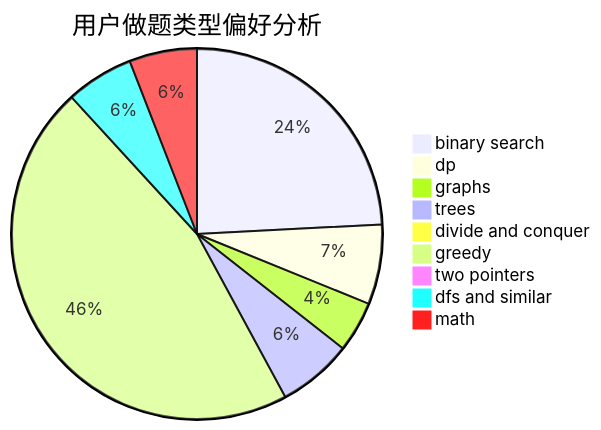
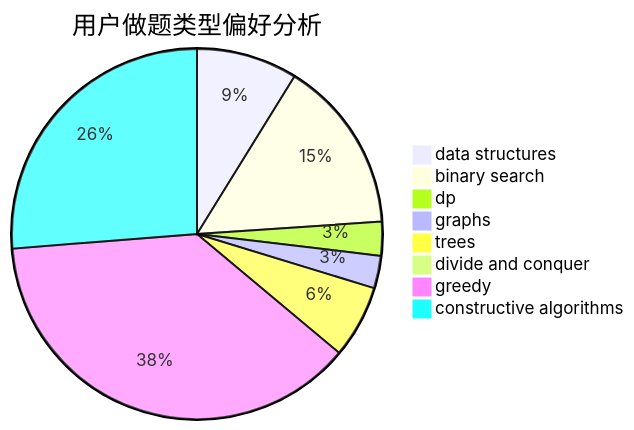
The second of 3 diagrams in docs/user/u215.md (sherpahu/cfrs.github.io), drawn with Mermaid before and after one commit. The commit also changed other lines of this file and 2775 other files, not shown here.

````diff
--- a/docs/user/u215.md
+++ b/docs/user/u215.md
@@ -23,12 +23,11 @@
 ```mermaid
 pie title 用户做题类型偏好分析
-    "binary search" :  479
-    "dp" :  138
-    "graphs" :  88
-    "trees" :  129
-    "divide and conquer" :  10
-    "greedy" :  913
-    "two pointers" :  5
-    "dfs and similar" :  117
-    "math" :  117
+    "data structures" :  140
+    "binary search" :  240
+    "dp" :  47
+    "graphs" :  45
+    "trees" :  101
+    "divide and conquer" :  0
+    "greedy" :  598
+    "constructive algorithms" :  417
 ```
````
